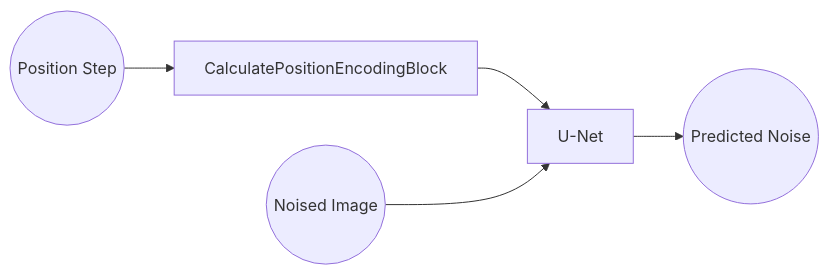
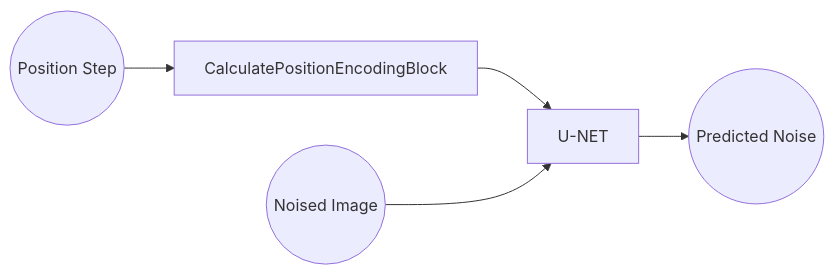
Before and after one commit to shakes76/PatternFlow: the third of 3 diagrams in recognition/s4644376 Stable Diffusion/readme.md, drawn with Mermaid. The commit also changed other lines of this file and 2 other files, not shown here.

````diff
--- a/recognition/s4644376 Stable Diffusion/readme.md
+++ b/recognition/s4644376 Stable Diffusion/readme.md
@@ -130,6 +130,6 @@
 ```mermaid
 flowchart LR
 startB((Position Step)) --> CalculatePositionEncodingBlock[CalculatePositionEncodingBlock];
-CalculatePositionEncodingBlock[CalculatePositionEncodingBlock] --> U-Net;
-starta((Noised Image)) --> U-Net --> Out((Predicted Noise));
+CalculatePositionEncodingBlock[CalculatePositionEncodingBlock] --> U-NET;
+starta((Noised Image)) --> U-NET --> Out((Predicted Noise));
 ```
````
